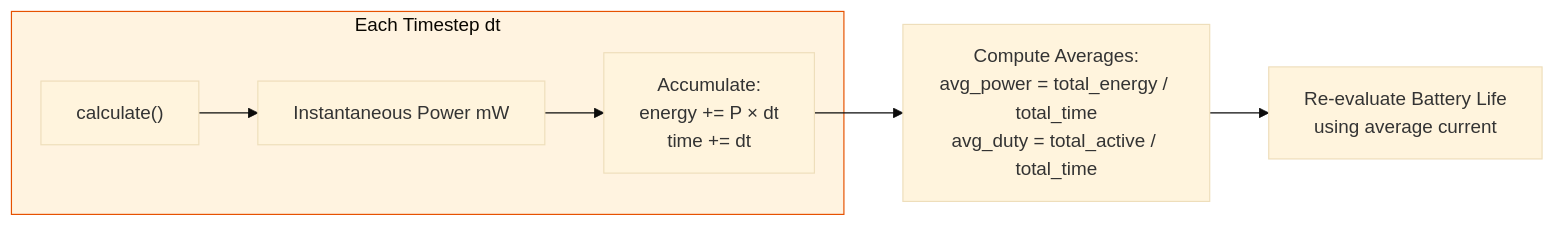
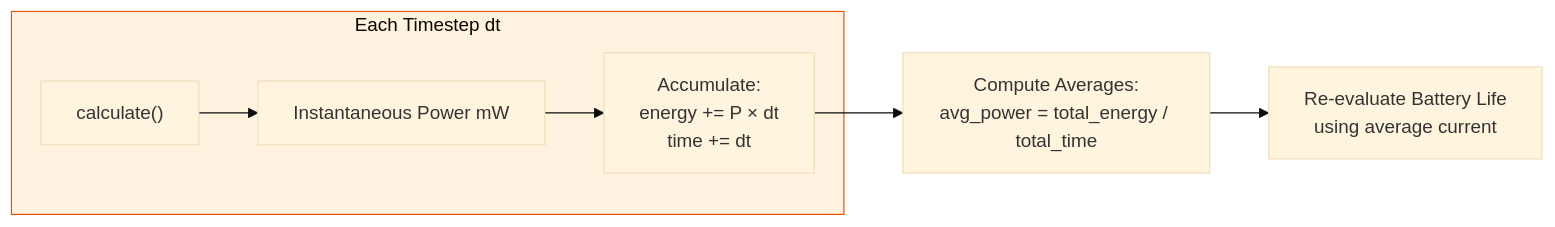
One commit to moussaart/pulse-simulator changed the fourth of 4 diagrams in docs/energy_model.md. Above: the diagram before and after it, drawn with Mermaid (base theme). The commit also changed other lines of this file and 16 other files, not shown here.

Commit message:
feat: implement duty-cycled UWB-IMU fusion NA-AEKF algorithm and supporting energy modeling and simulation infrastructure

````diff
--- a/docs/energy_model.md
+++ b/docs/energy_model.md
@@ -403,12 +267,12 @@
 ```mermaid
 flowchart LR
     subgraph PER_STEP["Each Timestep dt"]
         CALC["calculate()"] --> INST["Instantaneous Power mW"]
         INST --> ACC["Accumulate:<br/>energy += P × dt<br/>time += dt"]
     end
 
-    ACC --> AVG["Compute Averages:<br/>avg_power = total_energy / total_time<br/>avg_duty = total_active / total_time"]
+    ACC --> AVG["Compute Averages:<br/>avg_power = total_energy / total_time"]
     AVG --> BATT["Re-evaluate Battery Life<br/>using average current"]
 
     style PER_STEP fill:#fff3e0,stroke:#e65100
 ```
````
